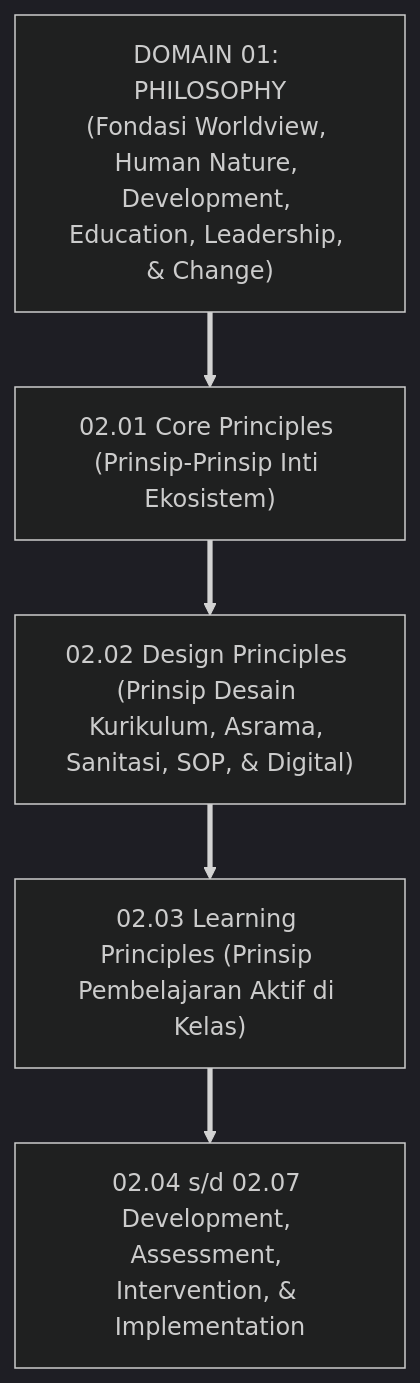
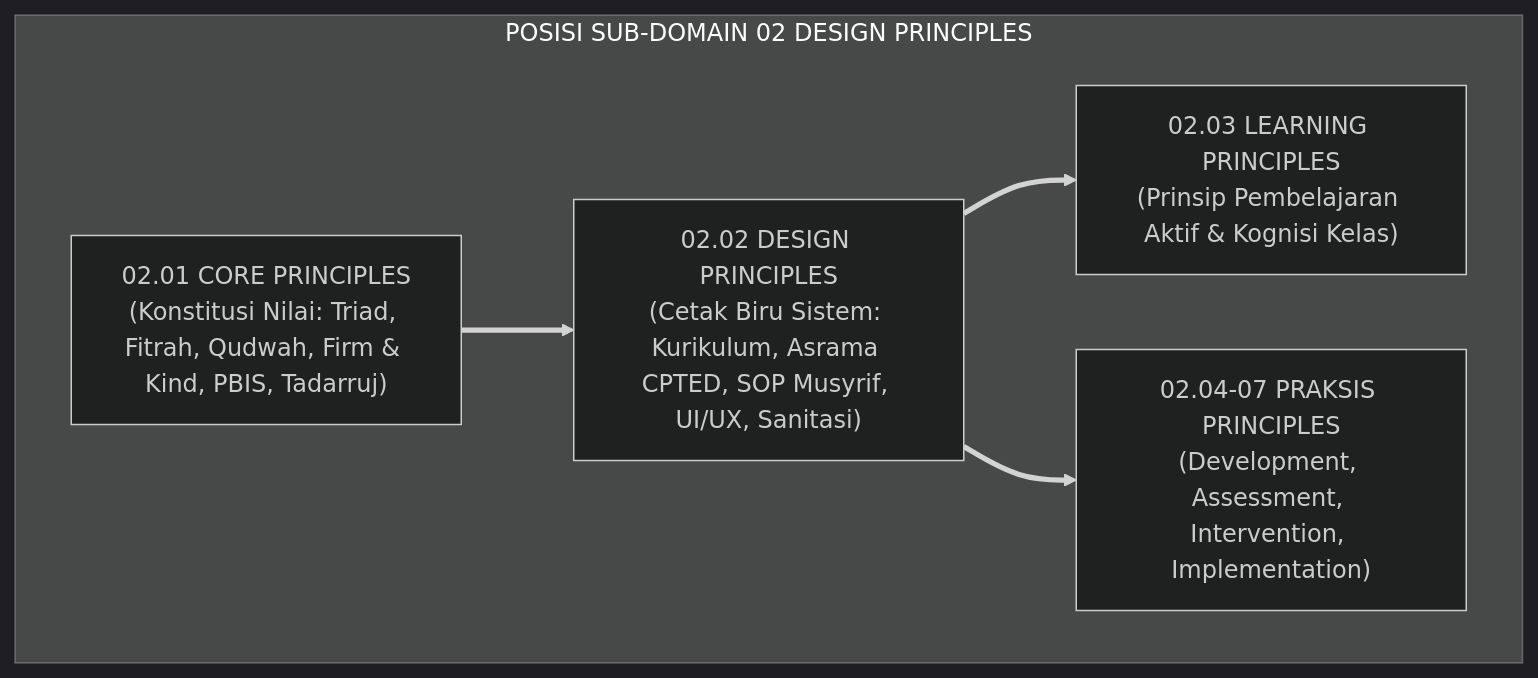
One commit to wandiapriliyandi/tumbuh changed the first of 3 diagrams in 02 Principles/02 Design Principles/P2-02-Prinsip-Desain-Sistem-TUMBUH.md. Above: the diagram before and after it, drawn with Mermaid (dark theme). The commit also changed other lines of this file and 7 other files, not shown here.

Commit message:
docs(principles): reconstruct all 02 Design Principles monographs to pure academic standard

````diff
--- a/02 Principles/02 Design Principles/P2-02-Prinsip-Desain-Sistem-TUMBUH.md
+++ b/02 Principles/02 Design Principles/P2-02-Prinsip-Desain-Sistem-TUMBUH.md
@@ -50,11 +54,10 @@
 ```mermaid
-graph TD
-    D1["DOMAIN 01: PHILOSOPHY<br/>(Fondasi Worldview, Human Nature, Development, Education, Leadership, & Change)"]
-    ==> D2_01["02.01 Core Principles (Prinsip-Prinsip Inti Ekosistem)"]
-    
-    D2_01 ==> D2_02["02.02 Design Principles (Prinsip Desain Kurikulum, Asrama, Sanitasi, SOP, & Digital)"]
-    
-    D2_02 ==> D2_03["02.03 Learning Principles (Prinsip Pembelajaran Aktif di Kelas)"]
-    
-    D2_03 ==> D2_Others["02.04 s/d 02.07 Development, Assessment, Intervention, & Implementation"]
+flowchart TD
+    subgraph PosisiDesignPrinciplesTUMBUH["POSISI SUB-DOMAIN 02 DESIGN PRINCIPLES"]
+        D2_01["02.01 CORE PRINCIPLES<br/>(Konstitusi Nilai: Triad, Fitrah, Qudwah, Firm & Kind, PBIS, Tadarruj)"]
+        ==> D2_02["02.02 DESIGN PRINCIPLES<br/>(Cetak Biru Sistem: Kurikulum, Asrama CPTED, SOP Musyrif, UI/UX, Sanitasi)"]
+        
+        D2_02 ==> D2_03["02.03 LEARNING PRINCIPLES<br/>(Prinsip Pembelajaran Aktif & Kognisi Kelas)"]
+        D2_02 ==> D2_04["02.04-07 PRAKSIS PRINCIPLES<br/>(Development, Assessment, Intervention, Implementation)"]
+    end
 ```
````
